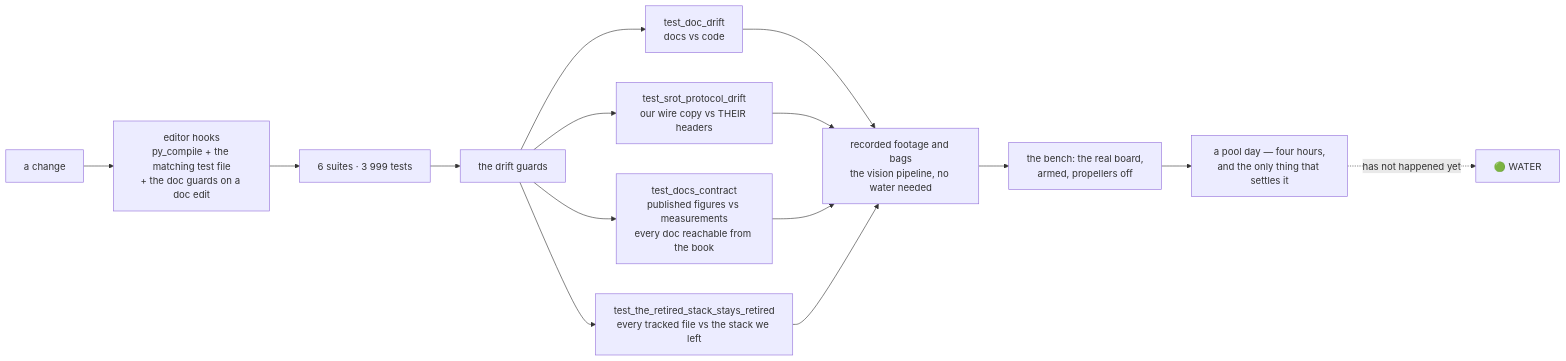
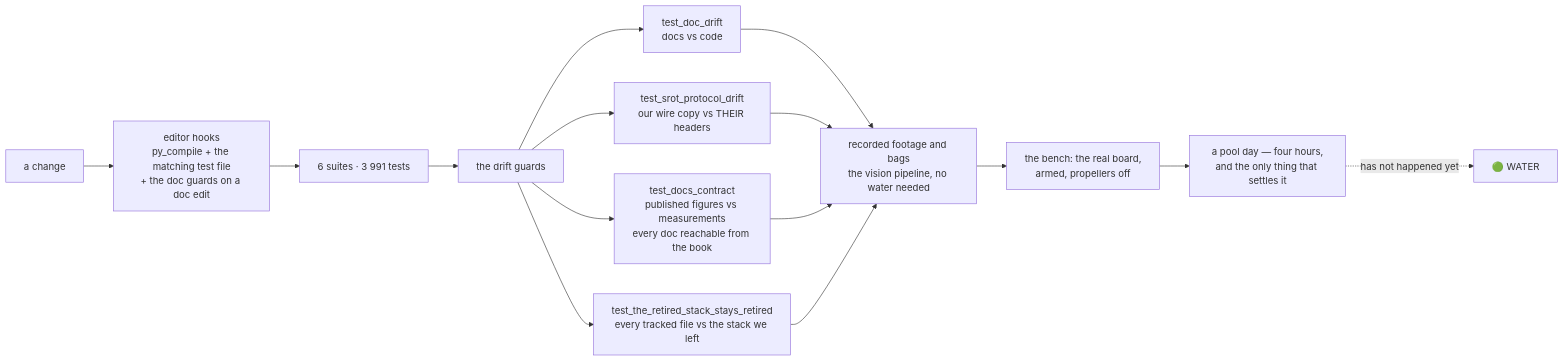
Before and after one commit to fh1m/mongla_ws: the ninth of 10 diagrams in README.md, drawn with Mermaid. The commit also changed other lines of this file and 34 other files, not shown here.

````diff
--- a/README.md
+++ b/README.md
@@ -747,17 +747,17 @@
 ```mermaid
 flowchart LR
     DEV["a change"] --> HOOK["editor hooks<br/>py_compile + the matching test file<br/>+ the doc guards on a doc edit"]
-    HOOK --> UNIT["6 suites · 3 999 tests"]
+    HOOK --> UNIT["6 suites · 3 991 tests"]
     UNIT --> GUARD["the drift guards"]
     GUARD --> G1["test_doc_drift<br/>docs vs code"]
     GUARD --> G2["test_srot_protocol_drift<br/>our wire copy vs THEIR headers"]
     GUARD --> G3["test_docs_contract<br/>published figures vs measurements<br/>every doc reachable from the book"]
     GUARD --> G4["test_the_retired_stack_stays_retired<br/>every tracked file vs the stack we left"]
     G1 --> REPLAY["recorded footage and bags<br/>the vision pipeline, no water needed"]
     G2 --> REPLAY
     G3 --> REPLAY
     G4 --> REPLAY
     REPLAY --> BENCH["the bench: the real board,<br/>armed, propellers off"]
     BENCH --> POOL["a pool day — four hours,<br/>and the only thing that settles it"]
     POOL -.->|"has not happened yet"| WATER["🟢 WATER"]
 ```
````
